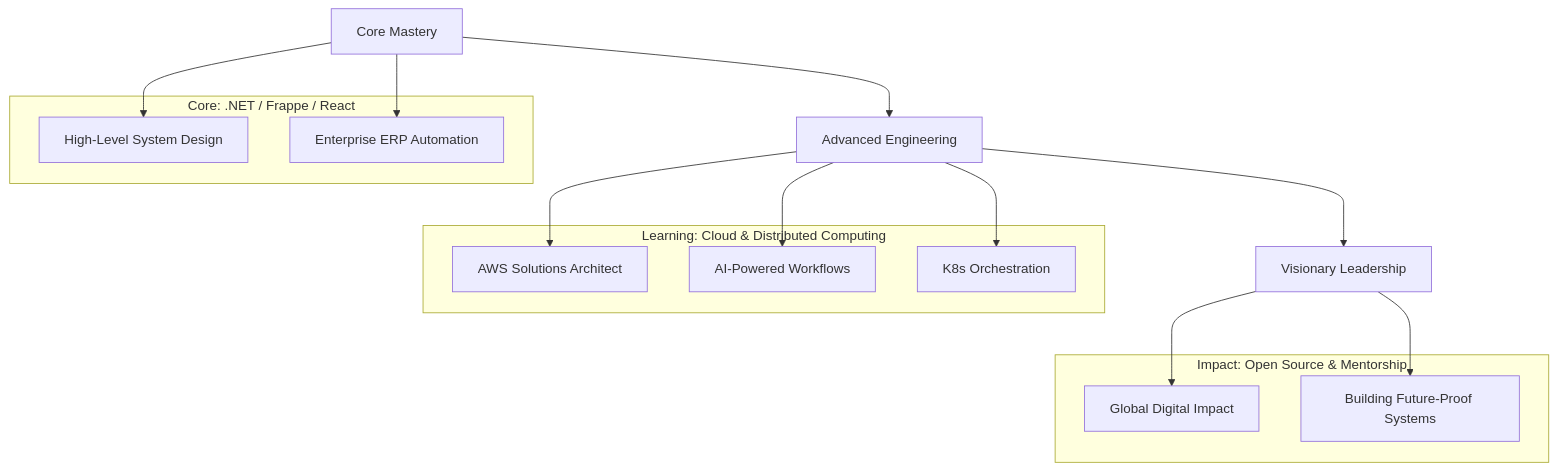
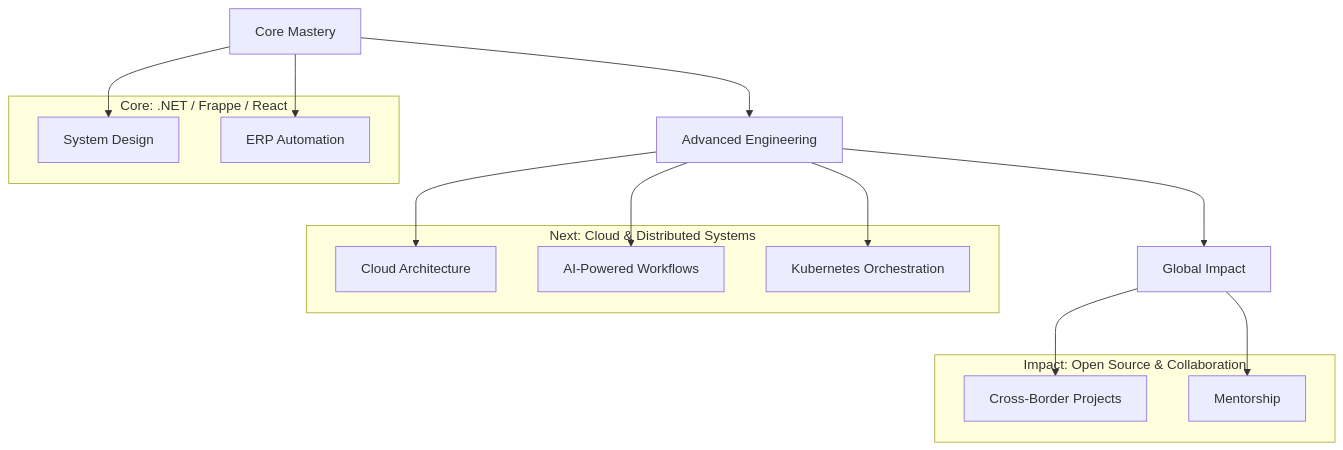
One commit to BinaDev29/BinaDev29 changed the diagram in README.md. Above: the diagram before and after it, drawn with Mermaid. The commit also changed other lines of this file, not shown here.

````diff
--- a/README.md
+++ b/README.md
@@ -180,25 +226,25 @@
 ```mermaid
 graph TD
     A[Core Mastery] --> B[Advanced Engineering]
-    B --> C[Visionary Leadership]
-    
+    B --> C[Global Impact]
+
     subgraph "Core: .NET / Frappe / React"
-    A1[High-Level System Design]
-    A2[Enterprise ERP Automation]
+    A1[System Design]
+    A2[ERP Automation]
     end
-    
-    subgraph "Learning: Cloud & Distributed Computing"
-    B1[AWS Solutions Architect]
+
+    subgraph "Next: Cloud & Distributed Systems"
+    B1[Cloud Architecture]
     B2[AI-Powered Workflows]
-    B3[K8s Orchestration]
+    B3[Kubernetes Orchestration]
     end
-    
-    subgraph "Impact: Open Source & Mentorship"
-    C1[Global Digital Impact]
-    C2[Building Future-Proof Systems]
+
+    subgraph "Impact: Open Source & Collaboration"
+    C1[Cross-Border Projects]
+    C2[Mentorship]
     end
-    
+
     A --> A1 & A2
     B --> B1 & B2 & B3
     C --> C1 & C2
 ```
````
